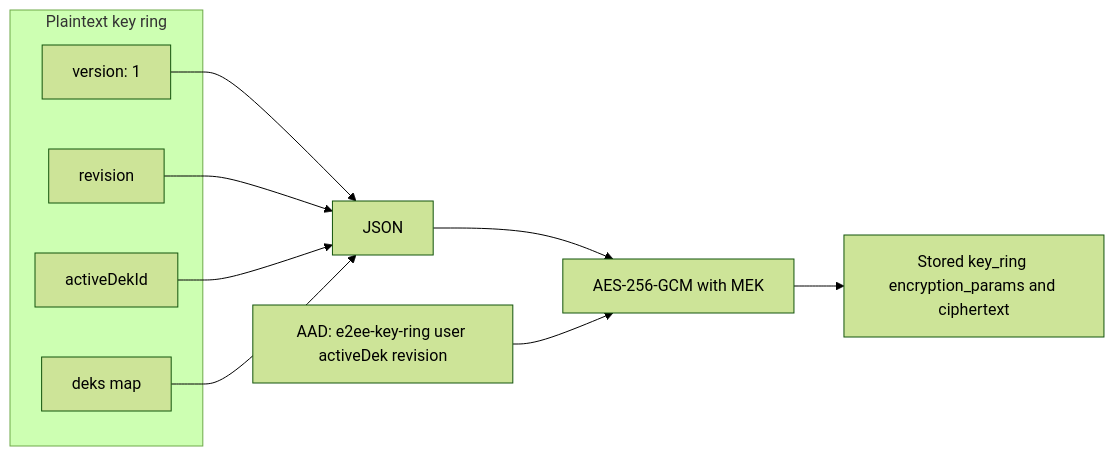
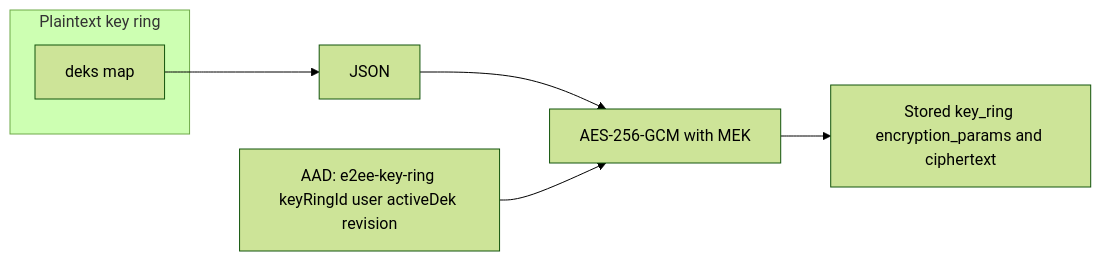
The third of 8 diagrams in apps/app/docs/e2ee.md (balakin/autokpo), drawn with Mermaid (forest theme) before and after one commit. The commit also changed other lines of this file and 1 other file, not shown here.

````diff
--- a/apps/app/docs/e2ee.md
+++ b/apps/app/docs/e2ee.md
@@ -79,17 +79,11 @@
 ```mermaid
 flowchart LR
   subgraph plainRing[Plaintext key ring]
-    version[version: 1]
-    revision[revision]
-    activeDekId[activeDekId]
     deks[deks map]
   end
 
-  version --> json[JSON]
-  revision --> json
-  activeDekId --> json
-  deks --> json
+  deks --> json[JSON]
   json --> enc[AES-256-GCM with MEK]
-  aad[AAD: e2ee-key-ring user activeDek revision] --> enc
+  aad[AAD: e2ee-key-ring keyRingId user activeDek revision] --> enc
   enc --> stored[Stored key_ring encryption_params and ciphertext]
 ```
````
